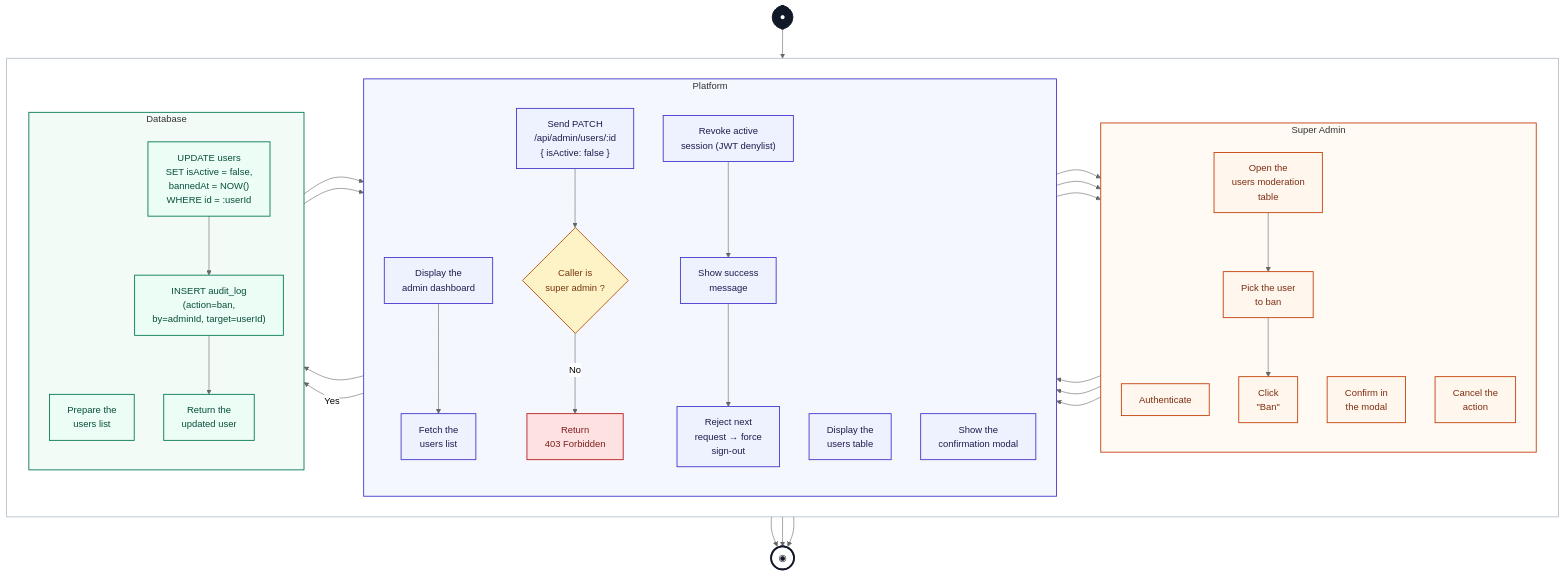
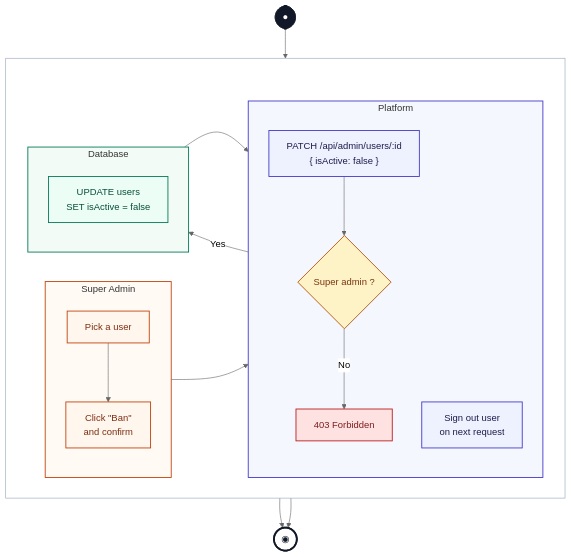
The eighth of 14 diagrams in docs/08_chapitre6_sprint4.md (MaizaAymen/OmniLearn), drawn with Mermaid before and after one commit. The commit also changed other lines of this file, not shown here.

````diff
--- a/docs/08_chapitre6_sprint4.md
+++ b/docs/08_chapitre6_sprint4.md
@@ -511,82 +509,49 @@
 ```mermaid
 %%{init: {"theme":"neutral", "flowchart": {"htmlLabels": true}} }%%
 flowchart TB
   Start([●]):::startNode
 
   subgraph LANES[" "]
     direction LR
 
     subgraph ADMIN["Super Admin"]
       direction TB
-      A1["Authenticate"]:::userNode
-      A2["Open the<br/>users moderation<br/>table"]:::userNode
-      A3["Pick the user<br/>to ban"]:::userNode
-      A4["Click<br/>&quot;Ban&quot;"]:::userNode
-      A5["Confirm in<br/>the modal"]:::userNode
-      A6["Cancel the<br/>action"]:::userNode
+      A1["Pick a user"]:::userNode
+      A2["Click &quot;Ban&quot;<br/>and confirm"]:::userNode
     end
 
     subgraph PLAT["Platform"]
       direction TB
-      P1["Display the<br/>admin dashboard"]:::platNode
-      P2["Fetch the<br/>users list"]:::platNode
-      P3["Display the<br/>users table"]:::platNode
-      P4["Show the<br/>confirmation modal"]:::platNode
-      P5["Send PATCH<br/>/api/admin/users/:id<br/>{ isActive: false }"]:::platNode
-      P6{"Caller is<br/>super admin ?"}:::decisionNode
-      P7["Return<br/>403 Forbidden"]:::errorNode
-      P8["Revoke active<br/>session (JWT denylist)"]:::platNode
-      P9["Show success<br/>message"]:::platNode
-      P10["Reject next<br/>request → force<br/>sign-out"]:::platNode
+      P1["PATCH /api/admin/users/:id<br/>{ isActive: false }"]:::platNode
+      P2{"Super admin ?"}:::decisionNode
+      P3["403 Forbidden"]:::errorNode
+      P4["Sign out user<br/>on next request"]:::platNode
     end
 
     subgraph DB["Database"]
       direction TB
-      D1["Prepare the<br/>users list"]:::dbNode
-      D2["UPDATE users<br/>SET isActive = false,<br/>bannedAt = NOW()<br/>WHERE id = :userId"]:::dbNode
-      D3["INSERT audit_log<br/>(action=ban,<br/>by=adminId, target=userId)"]:::dbNode
-      D4["Return the<br/>updated user"]:::dbNode
+      D1["UPDATE users<br/>SET isActive = false"]:::dbNode
     end
   end
 
   End([◉]):::endNode
 
-  %% ── Flow across lanes ─────────────────────────
-  Start --> A1
-  A1 --> P1
-  P1 --> P2
-  P2 --> D1
-  D1 --> P3
-  P3 --> A2
-  A2 --> A3
-  A3 --> A4
-  A4 --> P4
-  P4 --> A5
-  P4 --> A6
-  A6 --> End
-  A5 --> P5
-  P5 --> P6
-  P6 -- "No" --> P7
-  P7 --> End
-  P6 -- "Yes" --> D2
-  D2 --> D3
-  D3 --> D4
-  D4 --> P8
-  P8 --> P9
-  P9 --> P10
-  P10 --> End
+  %% ── Flow ──────────────────────────────────────
+  Start --> A1 --> A2 --> P1 --> P2
+  P2 -- "No"  --> P3 --> End
+  P2 -- "Yes" --> D1 --> P4 --> End
 
   %% ── Styles ────────────────────────────────────
   classDef userNode     fill:#fff7ed,stroke:#c2410c,stroke-width:1.5px,color:#7c2d12
   classDef platNode     fill:#eef2ff,stroke:#4338ca,stroke-width:1.5px,color:#1e1b4b
   classDef dbNode       fill:#ecfdf5,stroke:#047857,stroke-width:1.5px,color:#064e3b
   classDef decisionNode fill:#fef3c7,stroke:#b45309,stroke-width:1.5px,color:#78350f
   classDef errorNode    fill:#fee2e2,stroke:#b91c1c,stroke-width:1.5px,color:#7f1d1d
   classDef startNode    fill:#111827,stroke:#111827,color:#fff
   classDef endNode      fill:#fff,stroke:#111827,stroke-width:3px,color:#111827
 
   style LANES fill:#ffffff,stroke:#94a3b8,stroke-width:1px
   style ADMIN fill:#fffaf4,stroke:#c2410c,stroke-width:1.5px
   style PLAT  fill:#f5f7ff,stroke:#4338ca,stroke-width:1.5px
   style DB    fill:#f3fbf6,stroke:#047857,stroke-width:1.5px
 ```
````
